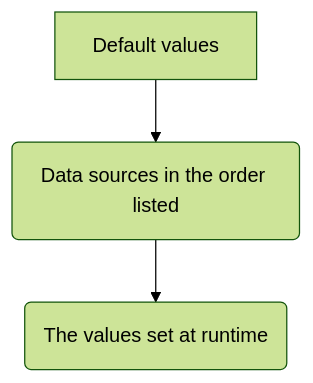
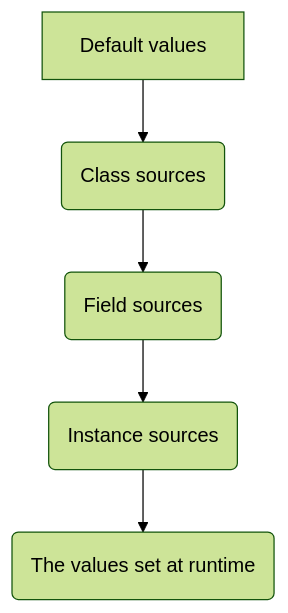
The diagram in README.md (mutating/skelet), drawn with Mermaid (forest theme) before and after one commit. The commit also changed other lines of this file and 5 other files, not shown here.

Commit message:
Add support for instance-level sources with ellipsis hierarchy resolution

````diff
--- a/README.md
+++ b/README.md
@@ -331,4 +331,4 @@
 ```mermaid
 graph TD;
-  A[Default values] --> B(Data sources in the order listed) --> C(The values set at runtime)
+  A[Default values] --> B(Class sources) --> C(Field sources) --> D(Instance sources) --> E(The values set at runtime)
 ```
````
